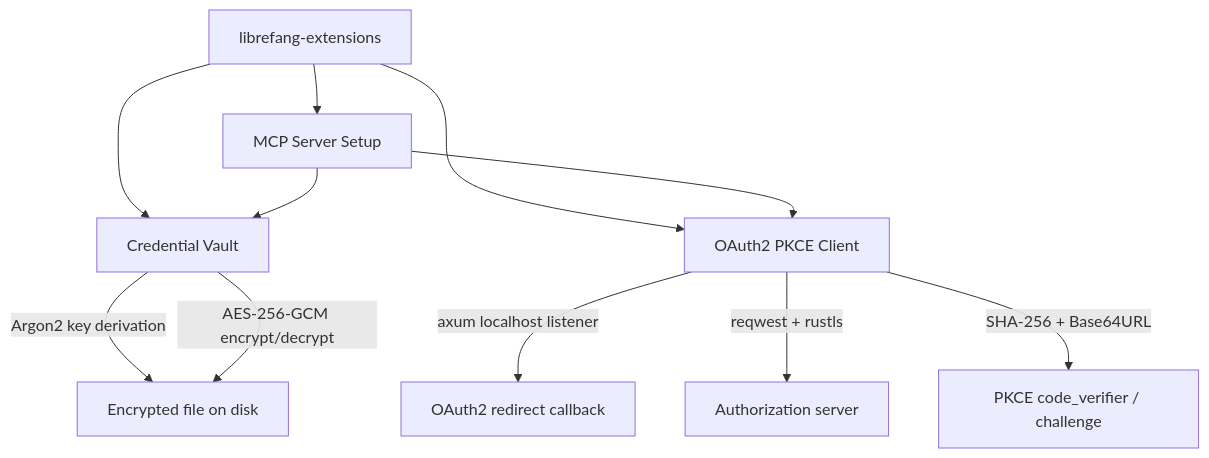
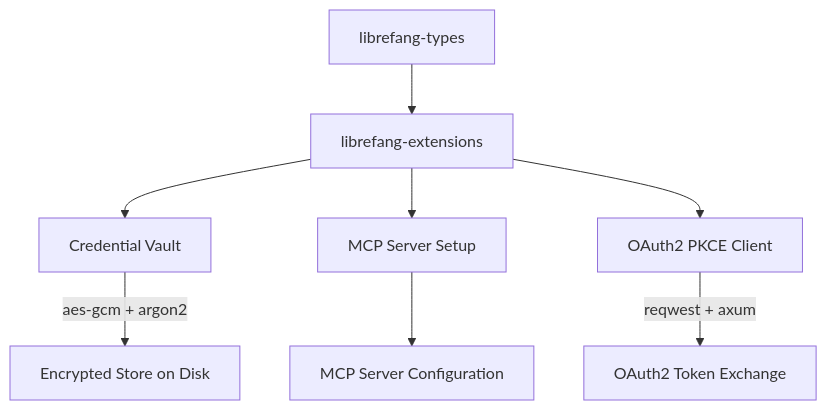
One commit to leszek3737/librefang-WIki changed the diagram in other-librefang-extensions.md. Above: the diagram before and after it, drawn with Mermaid. The commit also changed other lines of this file and 120 other files, not shown here.

````diff
--- a/other-librefang-extensions.md
+++ b/other-librefang-extensions.md
@@ -13,13 +21,10 @@
 ```mermaid
 graph TD
-    A[librefang-extensions] --> B[MCP Server Setup]
-    A --> C[Credential Vault]
-    A --> D[OAuth2 PKCE Client]
-    C -->|Argon2 key derivation| E[Encrypted file on disk]
-    C -->|AES-256-GCM encrypt/decrypt| E
-    D -->|axum localhost listener| F[OAuth2 redirect callback]
-    D -->|reqwest + rustls| G[Authorization server]
-    D -->|SHA-256 + Base64URL| H[PKCE code_verifier / challenge]
-    B --> C
-    B --> D
+    A[librefang-types] --> B[librefang-extensions]
+    B --> C[Credential Vault]
+    B --> D[MCP Server Setup]
+    B --> E[OAuth2 PKCE Client]
+    C -->|aes-gcm + argon2| F[Encrypted Store on Disk]
+    E -->|reqwest + axum| G[OAuth2 Token Exchange]
+    D --> H[MCP Server Configuration]
 ```
````
